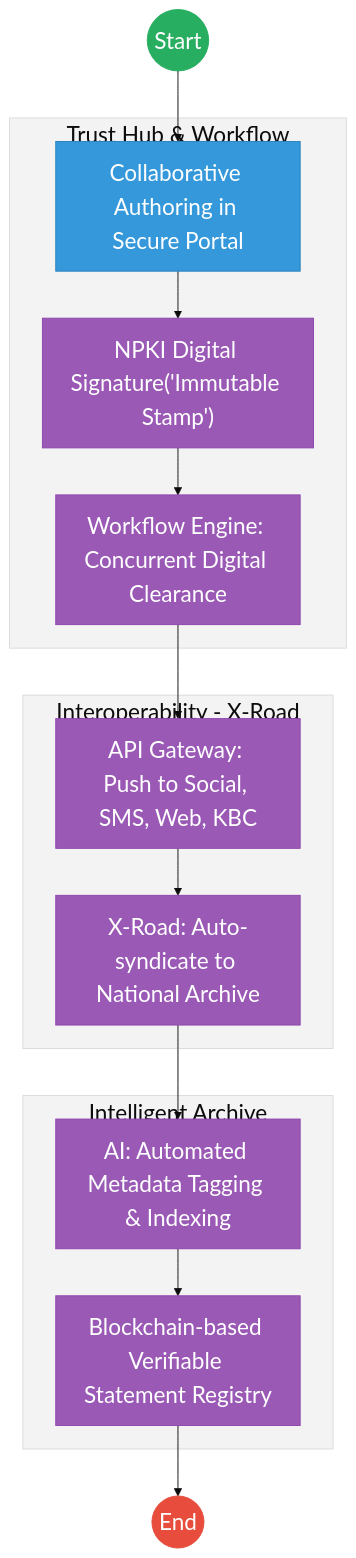
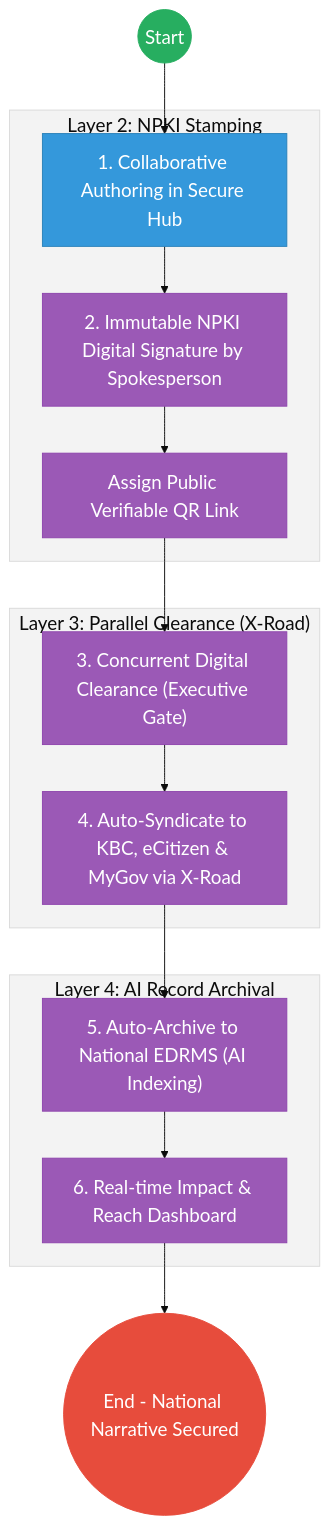
Before and after one commit to BITZ-IT-Consulting-LTD/ictapoc: the second of 2 diagrams in mdas/docs_final/priority_mdas/Government_Spokesperson___Service_Delivery.md, drawn with Mermaid. The commit also changed other lines of this file and 37 other files, not shown here.

````diff
--- a/mdas/docs_final/priority_mdas/Government_Spokesperson___Service_Delivery.md
+++ b/mdas/docs_final/priority_mdas/Government_Spokesperson___Service_Delivery.md
@@ -96,31 +110,32 @@
 ```mermaid
-%%{init: { 'theme': 'base', 'themeVariables': { 'fontSize': '24px', 'fontFamily': 'Inter, system-ui, sans-serif', 'primaryColor': '#ffffff', 'edgeLabelBackground':'#ffffff', 'tertiaryColor': '#f3f3f3', 'mainBkg': '#ffffff', 'nodeBorder': '#333333' } } }%%
-graph TD
-    Start((Start)) --> Author["Collaborative Authoring in Secure Portal"]
+%%{init: { 'theme': 'base', 'themeVariables': { 'fontSize': '20px', 'fontFamily': 'Inter, system-ui, sans-serif', 'primaryColor': '#ffffff', 'edgeLabelBackground':'#ffffff', 'tertiaryColor': '#f3f3f3', 'mainBkg': '#ffffff', 'nodeBorder': '#333333' } } }%%
+flowchart TD
+    Start((Start)) --> Collaborate["1. Collaborative Authoring in Secure Hub"]
     
-    subgraph Layer2["Trust Hub & Workflow"]
-        Author --> Sign["NPKI Digital Signature('Immutable Stamp')"]
-        Sign --> Workflow["Workflow Engine: Concurrent Digital Clearance"]
+    subgraph Trust_Hub["Layer 2: NPKI Stamping"]
+        Collaborate --> Sign["2. Immutable NPKI Digital Signature by Spokesperson"]
+        Sign --> VerificationLink["Assign Public Verifiable QR Link"]
     end
+
+    subgraph Interop_Interop["Layer 3: Parallel Clearance (X-Road)"]
+        VerificationLink --> Clear["3. Concurrent Digital Clearance (Executive Gate)"]
+        Clear --> Multi["4. Auto-Syndicate to KBC, eCitizen & MyGov via X-Road"]
+    end
+
+    subgraph Settlement["Layer 4: AI Record Archival"]
+        Multi --> Archive["5. Auto-Archive to National EDRMS (AI Indexing)"]
+        Archive --> Dashboard["6. Real-time Impact & Reach Dashboard"]
+    end
+
+    Dashboard --> EndProcess(("End - National Narrative Secured"))
+
+    classDef start fill:#27ae60,stroke:#27ae60,color:#fff,font-size:20px;;
+    classDef endNode fill:#e74c3c,stroke:#e74c3c,color:#fff,font-size:20px;;
+    classDef userTask fill:#3498db,stroke:#2980b9,color:#fff,font-size:20px;;
+    classDef serviceTask fill:#9b59b6,stroke:#8e44ad,color:#fff,font-size:20px;;
     
-    subgraph Layer3["Interoperability - X-Road"]
-        Workflow --> MultiChannel["API Gateway: Push to Social, SMS, Web, KBC"]
-        MultiChannel --> XRoad_Archive["X-Road: Auto-syndicate to National Archive"]
-    end
-    
-    subgraph Layer4["Intelligent Archive"]
-        XRoad_Archive --> AI_Meta["AI: Automated Metadata Tagging & Indexing"]
-        AI_Meta --> Registry["Blockchain-based Verifiable Statement Registry"]
-    end
-    
-    Registry --> End((End))
-
-    classDef start fill:#27ae60,stroke:#27ae60,color:#fff,font-size:24px,font-size:24px;;
-    classDef endNode fill:#e74c3c,stroke:#e74c3c,color:#fff,font-size:24px,font-size:24px;;
-    classDef userTask fill:#3498db,stroke:#2980b9,color:#fff,font-size:24px,font-size:24px;;
-    classDef serviceTask fill:#9b59b6,stroke:#8e44ad,color:#fff,font-size:24px,font-size:24px;;
     class Start start;
-    class End endNode;
-    class Author userTask;
-    class Sign,Workflow,MultiChannel,XRoad_Archive,AI_Meta,Registry serviceTask;
+    class EndProcess endNode;
+    class Collaborate userTask;
+    class Sign,VerificationLink,Clear,Multi,Archive,Dashboard serviceTask;
 ```
````
